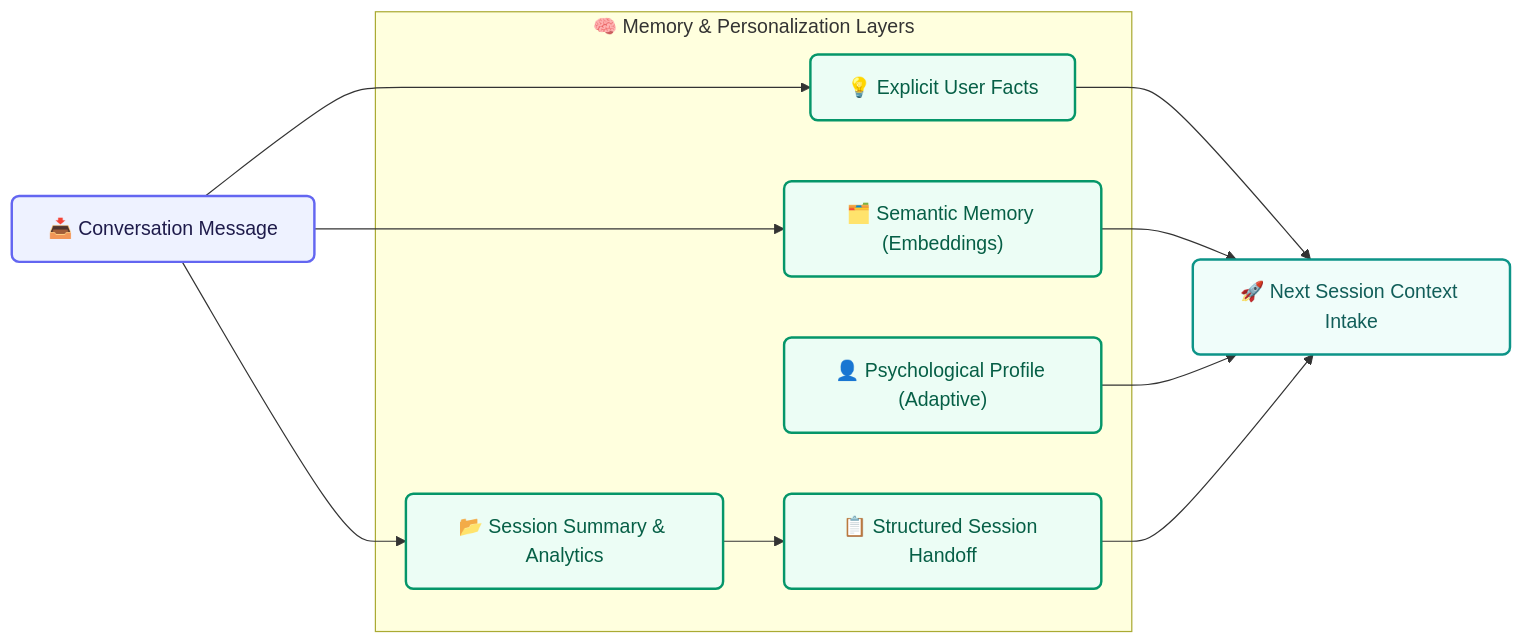
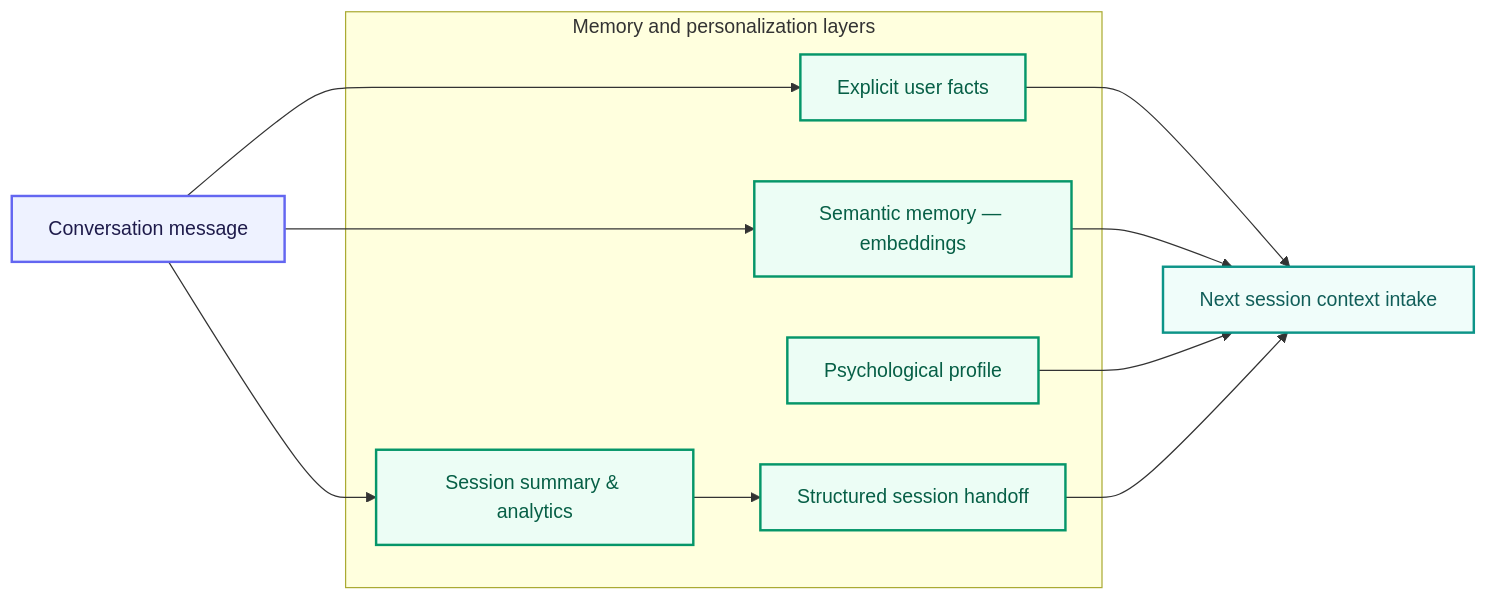
Before and after one commit to taha-mehmood-03/Personlaized-Trainer-Using-Agentic-AI: diagram 13 of 18 in README.md, drawn with Mermaid. The commit also changed other lines of this file and 36 other files, not shown here.

````diff
--- a/README.md
+++ b/README.md
@@ -1064,28 +953,25 @@
 ```mermaid
 flowchart LR
-    %% Class Definitions
-    classDef client fill:#EEF2FF,stroke:#6366F1,stroke-width:2px,color:#1E1B4B,rx:6px,ry:6px;
-    classDef agent fill:#F0FDFA,stroke:#0D9488,stroke-width:2px,color:#115E59,rx:6px,ry:6px;
-    classDef data fill:#ECFDF5,stroke:#059669,stroke-width:2px,color:#065F46,rx:6px,ry:6px;
+    classDef client fill:#EEF2FF,stroke:#6366F1,stroke-width:2px,color:#1E1B4B
+    classDef agent fill:#F0FDFA,stroke:#0D9488,stroke-width:2px,color:#115E59
+    classDef data fill:#ECFDF5,stroke:#059669,stroke-width:2px,color:#065F46
 
-    Message["📥 Conversation Message"]:::client
-    
-    subgraph MemoryLayers["🧠 Memory & Personalization Layers"]
-        Explicit["💡 Explicit User Facts"]:::data
-        Semantic["🗂️ Semantic Memory (Embeddings)"]:::data
-        Summary["📂 Session Summary & Analytics"]:::data
-        Profile["👤 Psychological Profile (Adaptive)"]:::data
-        Handoff["📋 Structured Session Handoff"]:::data
+    Message["Conversation message"]:::client
+
+    subgraph MemoryLayers["Memory and personalization layers"]
+        Explicit["Explicit user facts"]:::data
+        Semantic["Semantic memory — embeddings"]:::data
+        Summary["Session summary & analytics"]:::data
+        Profile["Psychological profile"]:::data
+        Handoff["Structured session handoff"]:::data
     end
-    
-    NextSession["🚀 Next Session Context Intake"]:::agent
 
-    Message --> Explicit
-    Message --> Semantic
-    Message --> Summary
+    NextSession["Next session context intake"]:::agent
+
+    Message --> Explicit & Semantic & Summary
     Summary --> Handoff
     Explicit --> NextSession
     Semantic --> NextSession
     Profile --> NextSession
     Handoff --> NextSession
 ```
````
